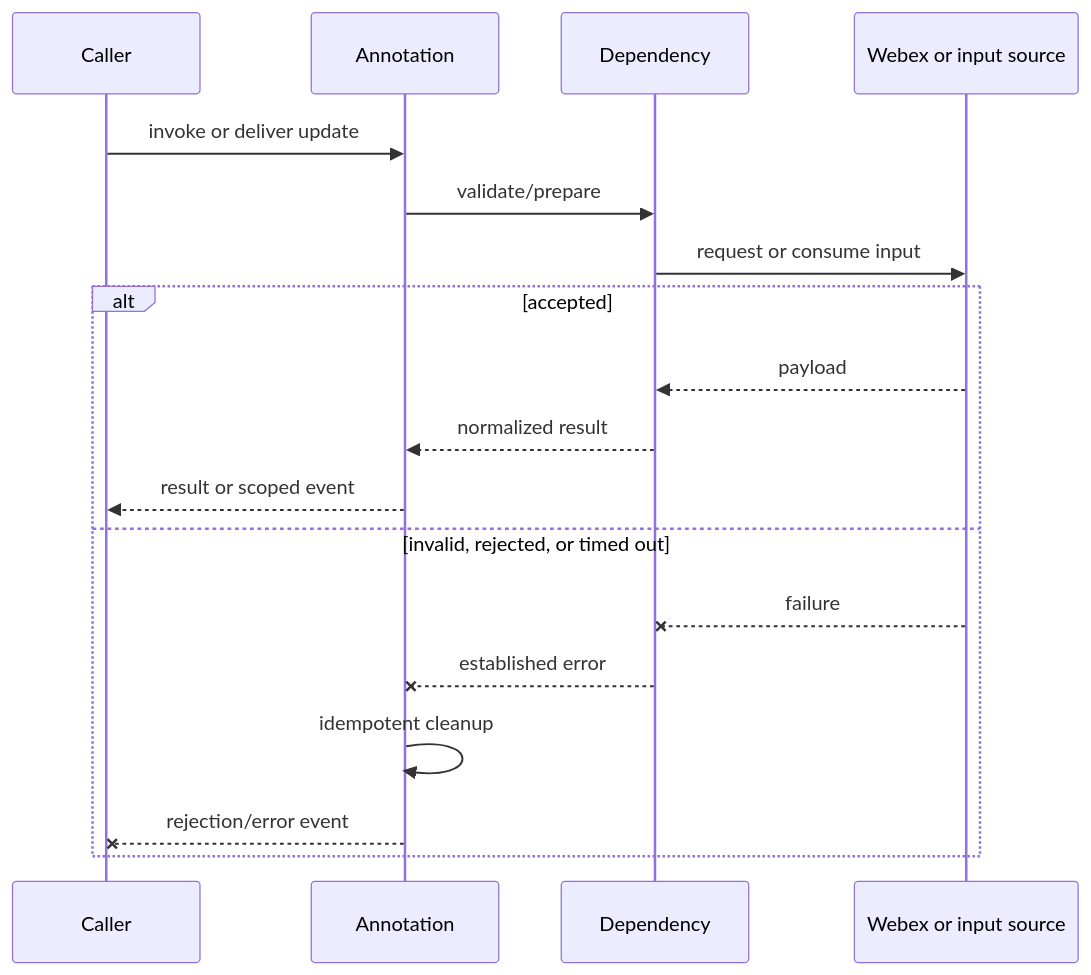
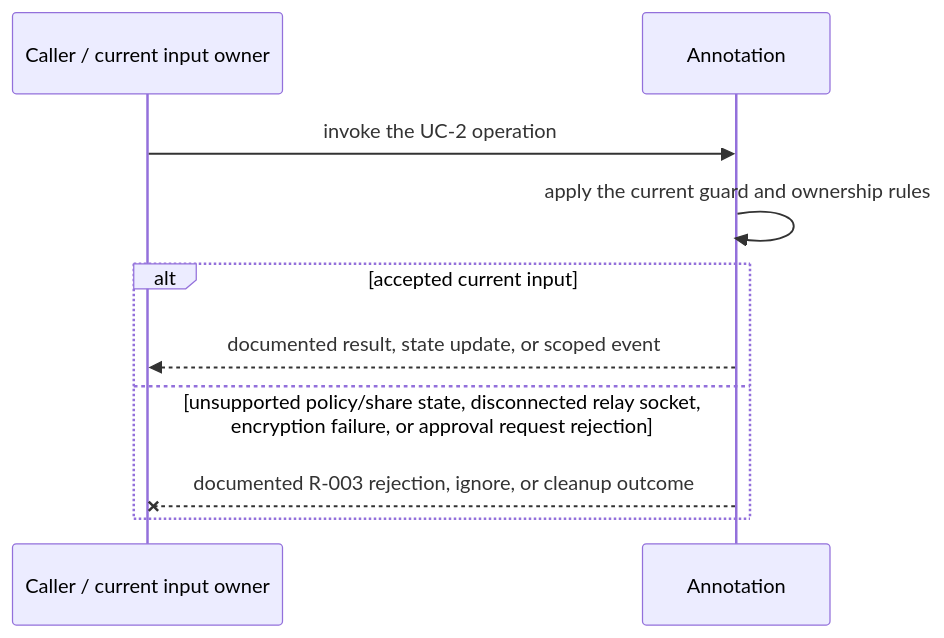
One commit to webex/webex-js-sdk changed the third of 5 diagrams in packages/@webex/plugin-meetings/src/annotation/ai-docs/annotation-spec.md. Above: the diagram before and after it, drawn with Mermaid. The commit also changed other lines of this file and 26 other files, not shown here.

````diff
--- a/packages/@webex/plugin-meetings/src/annotation/ai-docs/annotation-spec.md
+++ b/packages/@webex/plugin-meetings/src/annotation/ai-docs/annotation-spec.md
@@ -119,20 +138,12 @@
 ```mermaid
 sequenceDiagram
-  participant C as Caller
+  participant C as Caller / current input owner
   participant M as Annotation
-  participant D as Dependency
-  participant W as Webex or input source
-  C->>M: invoke or deliver update
-  M->>D: validate/prepare
-  D->>W: request or consume input
-  alt accepted
-    W-->>D: payload
-    D-->>M: normalized result
-    M-->>C: result or scoped event
-  else invalid, rejected, or timed out
-    W--xD: failure
-    D--xM: established error
-    M->>M: idempotent cleanup
-    M--xC: rejection/error event
+  C->>M: invoke the UC-2 operation
+  M->>M: apply the current guard and ownership rules
+  alt accepted current input
+    M-->>C: documented result, state update, or scoped event
+  else unsupported policy/share state, disconnected relay socket, encryption failure, or approval request rejection
+    M--xC: documented R-003 rejection, ignore, or cleanup outcome
   end
 ```
````
